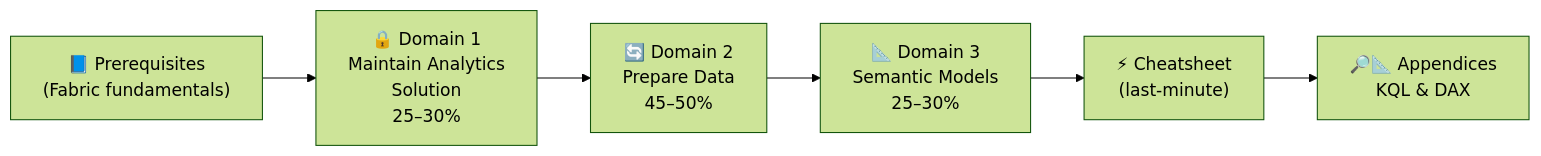
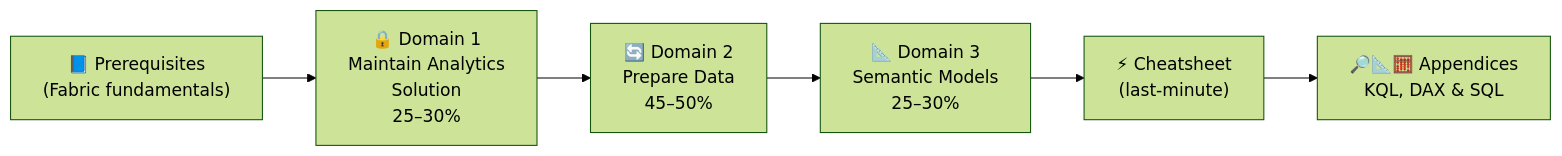
The second of 2 diagrams in index.md (marcogrimaldi29/dp-600-study-notes), drawn with Mermaid (forest theme) before and after one commit. The commit also changed other lines of this file and 3 other files, not shown here.

````diff
--- a/index.md
+++ b/index.md
@@ -113,11 +119,11 @@
 ```mermaid
 flowchart LR
     PRE["📘 Prerequisites\n(Fabric fundamentals)"]
     D1["🔒 Domain 1\nMaintain Analytics\nSolution\n25–30%"]
     D2["🔄 Domain 2\nPrepare Data\n45–50%"]
     D3["📐 Domain 3\nSemantic Models\n25–30%"]
     SHEET["⚡ Cheatsheet\n(last-minute)"]
-    APX["🔎📐 Appendices\nKQL & DAX"]
+    APX["🔎📐🧮 Appendices\nKQL, DAX & SQL"]
 
     PRE --> D1 --> D2 --> D3 --> SHEET --> APX
 ```
````
